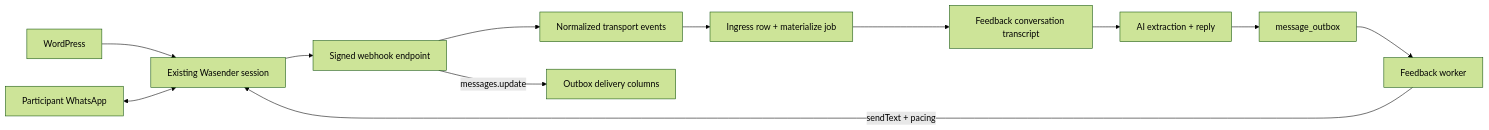
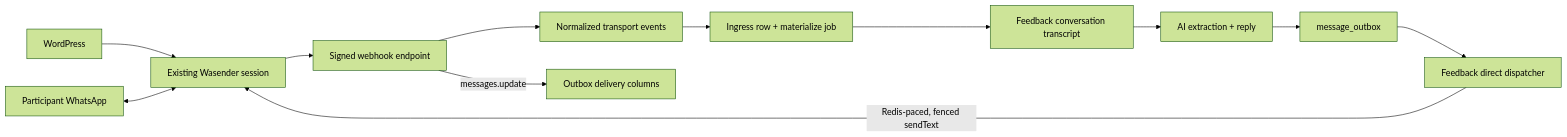
Before and after one commit to johnakisk0700/slopform: the diagram in docs/backend/mechanisms/wasender.md, drawn with Mermaid (forest theme). The commit also changed other lines of this file and 226 other files, not shown here.

````diff
--- a/docs/backend/mechanisms/wasender.md
+++ b/docs/backend/mechanisms/wasender.md
@@ -97,14 +120,14 @@
 ```mermaid
 flowchart LR
   WP["WordPress"] --> Wasender["Existing Wasender session"]
   Participant["Participant WhatsApp"] <--> Wasender
-  Worker["Feedback worker"] -->|"sendText + pacing"| Wasender
+  Worker["Feedback direct dispatcher"] -->|"Redis-paced, fenced sendText"| Wasender
   Wasender --> Hook["Signed webhook endpoint"]
   Hook --> Normalized["Normalized transport events"]
   Normalized --> Store["Ingress row + materialize job"]
   Store --> Conversation["Feedback conversation transcript"]
   Conversation --> AI["AI extraction + reply"]
   AI --> Outbox["message_outbox"]
   Outbox --> Worker
   Hook -->|"messages.update"| Delivery["Outbox delivery columns"]
 ```
````
